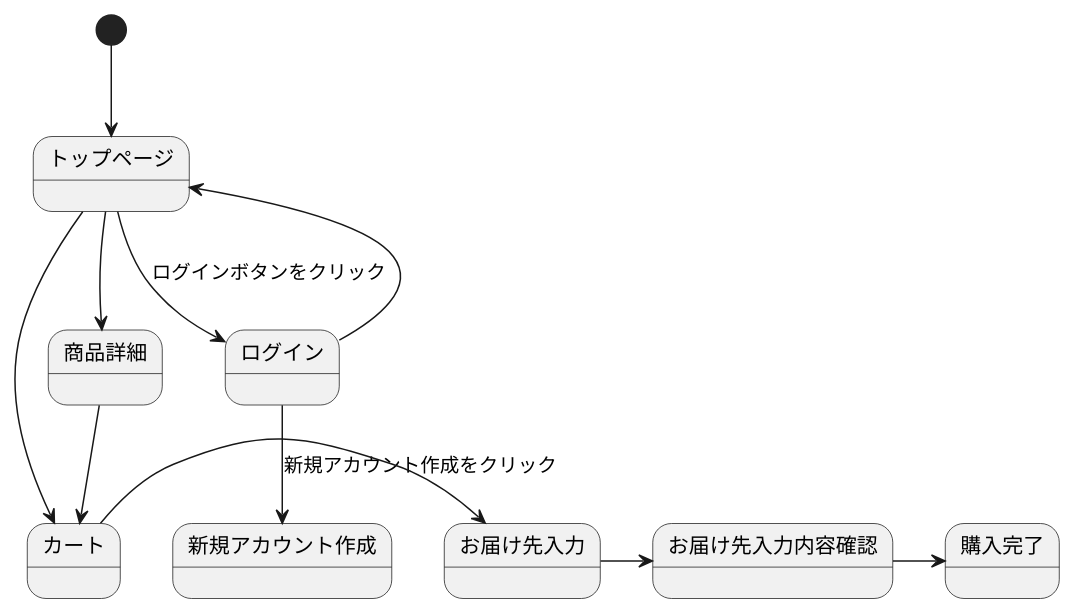
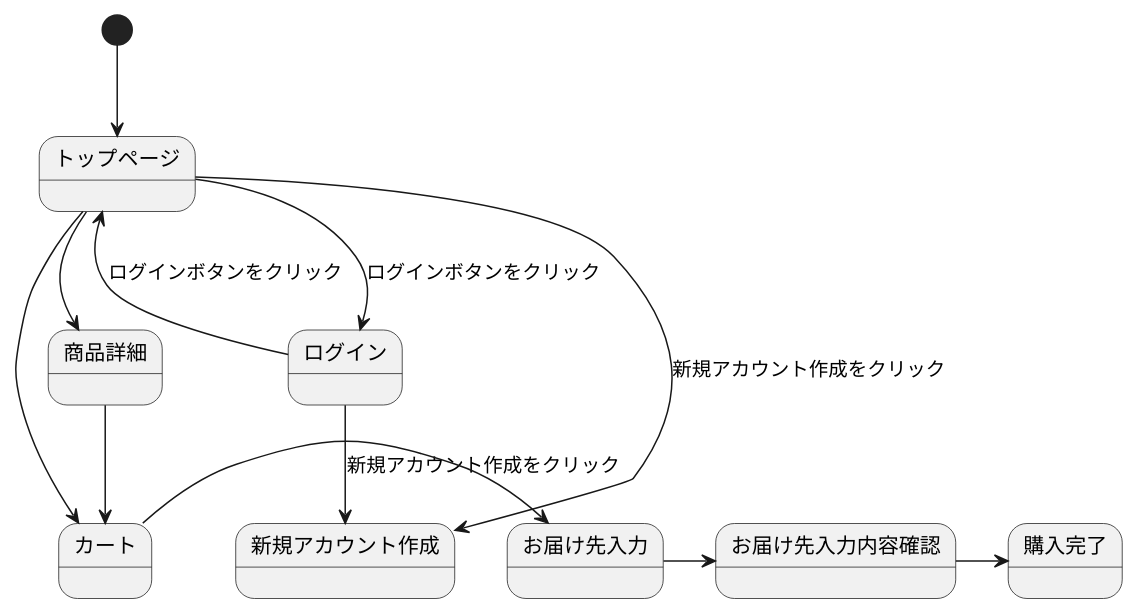
Before and after one commit to Aso2001133/2021sys-design: the diagram in sumple_01.md, drawn with PlantUML.

````diff
--- a/sumple_01.md
+++ b/sumple_01.md
@@ -1,14 +1,15 @@
 ```uml
 @startuml
 [*] --> トップページ
 トップページ --> ログイン : ログインボタンをクリック
+トップページ --> 新規アカウント作成 :新規アカウント作成をクリック
 トップページ --> カート
 トップページ --> 商品詳細
-ログイン --> トップページ
+ログイン --> トップページ : ログインボタンをクリック
 ログイン --> 新規アカウント作成 :新規アカウント作成をクリック
 商品詳細 --> カート
 カート -> お届け先入力
 お届け先入力 -> お届け先入力内容確認
 お届け先入力内容確認 -> 購入完了
 @enduml
 ```
````
